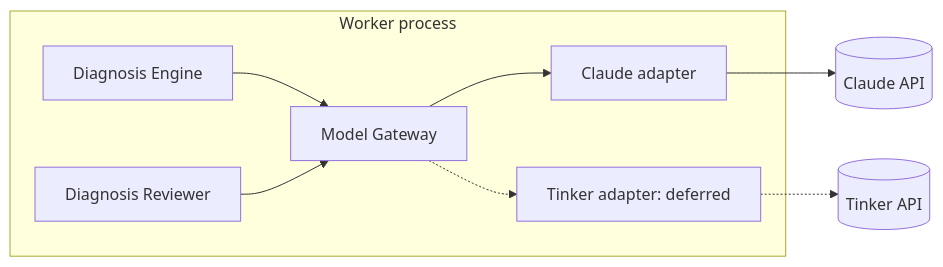
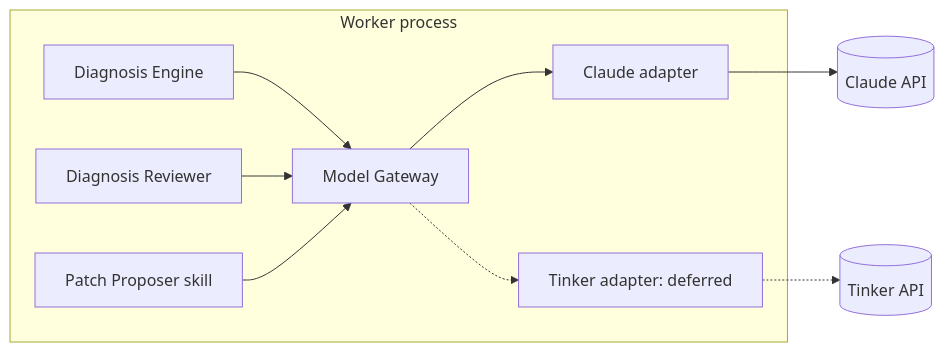
The fourth of 6 diagrams in docs/layers/layer-06-system-architecture/artifact-06-system-architecture-document.md (LovishMahajan/incident-copilot), drawn with Mermaid before and after one commit. The commit also changed other lines of this file and 43 other files, not shown here.

````diff
--- a/docs/layers/layer-06-system-architecture/artifact-06-system-architecture-document.md
+++ b/docs/layers/layer-06-system-architecture/artifact-06-system-architecture-document.md
@@ -307,20 +330,22 @@
 ```mermaid
 flowchart LR
     subgraph workerProc["Worker process"]
         engine["Diagnosis Engine"]
         reviewer["Diagnosis Reviewer"]
+        proposer["Patch Proposer skill"]
         gateway["Model Gateway"]
         claude["Claude adapter"]
         tinker["Tinker adapter: deferred"]
     end
 
     claudeApi[("Claude API")]
     tinkerApi[("Tinker API")]
 
     engine --> gateway
     reviewer --> gateway
+    proposer --> gateway
     gateway --> claude
     gateway -.-> tinker
     claude --> claudeApi
     tinker -.-> tinkerApi
 ```
````
